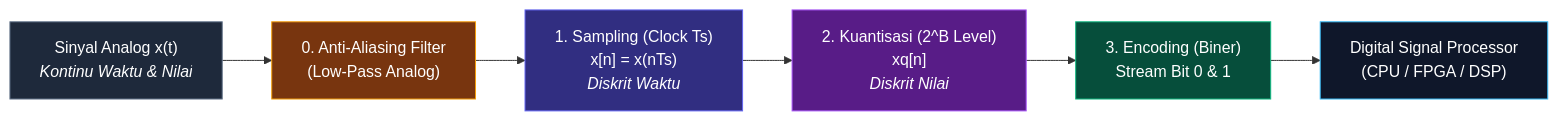
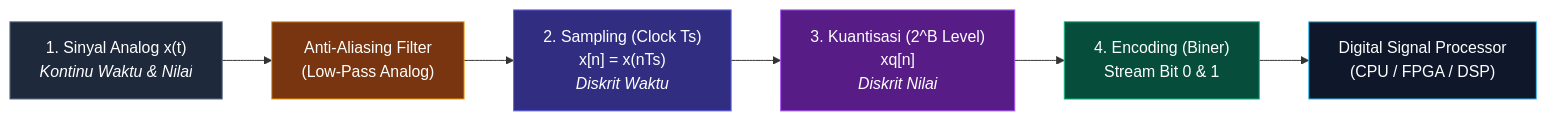
The second of 2 diagrams in README.md (wheresabuy/PSD), drawn with Mermaid before and after one commit. The commit also changed other lines of this file and 1 other file, not shown here.

Commit message:
Add Studi Kasus Kuantisasi ADC 3-Bit (0-10V): Rumus Step Size Delta 1.25V, Tabel 8 Level Biner, 2 Contoh Kasus Nyata, dan Grafik Tangga Asli

````diff
--- a/README.md
+++ b/README.md
@@ -176,15 +127,15 @@
 ```mermaid
 flowchart LR
-    Analog["Sinyal Analog x(t)<br><i>Kontinu Waktu & Nilai</i>"] --> LPF["0. Anti-Aliasing Filter<br>(Low-Pass Analog)"]
-    LPF --> Sampler["1. Sampling (Clock Ts)<br>x[n] = x(nTs)<br><i>Diskrit Waktu</i>"]
-    Sampler --> Quantizer["2. Kuantisasi (2^B Level)<br>xq[n]<br><i>Diskrit Nilai</i>"]
-    Quantizer --> Encoder["3. Encoding (Biner)<br>Stream Bit 0 & 1"]
+    Analog["1. Sinyal Analog x(t)<br><i>Kontinu Waktu & Nilai</i>"] --> LPF["Anti-Aliasing Filter<br>(Low-Pass Analog)"]
+    LPF --> Sampler["2. Sampling (Clock Ts)<br>x[n] = x(nTs)<br><i>Diskrit Waktu</i>"]
+    Sampler --> Quantizer["3. Kuantisasi (2^B Level)<br>xq[n]<br><i>Diskrit Nilai</i>"]
+    Quantizer --> Encoder["4. Encoding (Biner)<br>Stream Bit 0 & 1"]
     Encoder --> DSPCore["Digital Signal Processor<br>(CPU / FPGA / DSP)"]
 
     style Analog fill:#1e293b,stroke:#64748b,color:#fff
     style LPF fill:#78350f,stroke:#f59e0b,color:#fff
     style Sampler fill:#312e81,stroke:#6366f1,color:#fff
     style Quantizer fill:#581c87,stroke:#a855f7,color:#fff
     style Encoder fill:#064e3b,stroke:#10b981,color:#fff
     style DSPCore fill:#0f172a,stroke:#38bdf8,color:#fff
 ```
````
